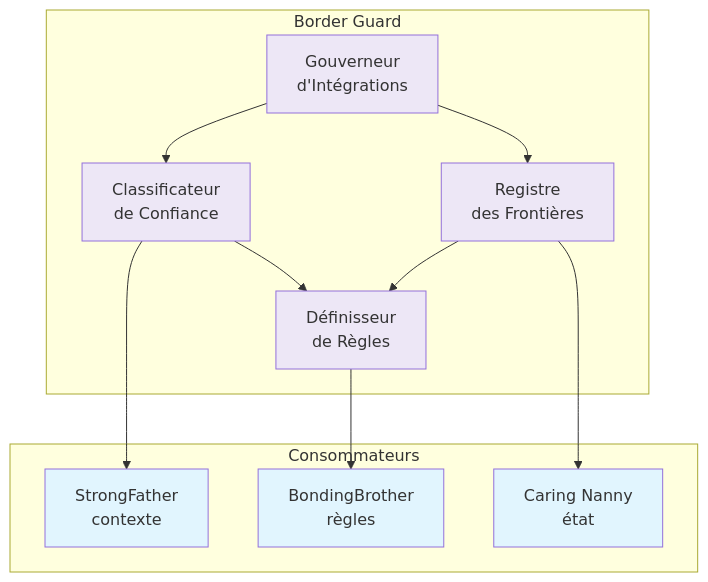
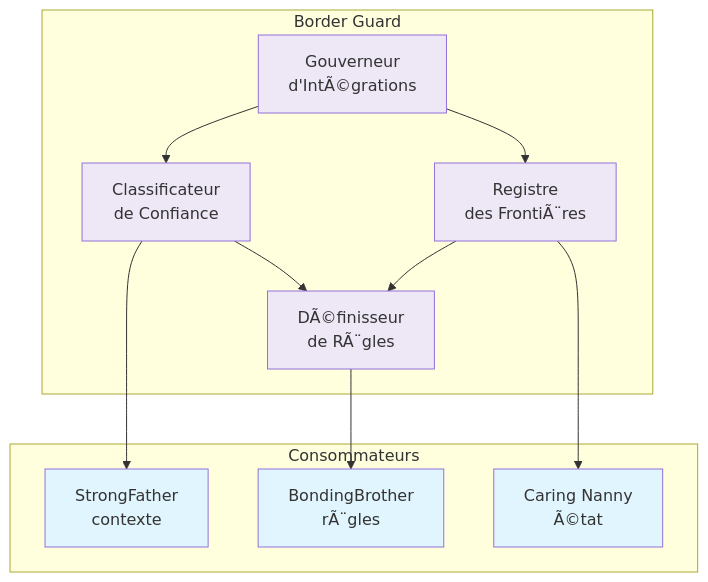
One commit to StudioMiyukini/miyukini_cog changed the first of 5 diagrams in docs/cores/BorderGuard/architecture/Border Guard - Architecture & Flows.md. Above: the diagram before and after it, drawn with Mermaid. The commit also changed other lines of this file and 1287 other files, not shown here.

````diff
--- a/docs/cores/BorderGuard/architecture/Border Guard - Architecture & Flows.md
+++ b/docs/cores/BorderGuard/architecture/Border Guard - Architecture & Flows.md
@@ -34,28 +34,28 @@
 ```mermaid
 graph TB
     subgraph BorderGuard[Border Guard]
-        REG[Registre<br/>des Frontières]
+        REG[Registre<br/>des FrontiÃ¨res]
         CLASS[Classificateur<br/>de Confiance]
-        RULES[Définisseur<br/>de Règles]
-        INTEG[Gouverneur<br/>d'Intégrations]
+        RULES[DÃ©finisseur<br/>de RÃ¨gles]
+        INTEG[Gouverneur<br/>d'IntÃ©grations]
     end
 
     subgraph Consommateurs
         SF[StrongFather<br/>contexte]
-        BB[BondingBrother<br/>règles]
-        CN[Caring Nanny<br/>état]
+        BB[BondingBrother<br/>rÃ¨gles]
+        CN[Caring Nanny<br/>Ã©tat]
     end
 
     REG --> RULES
     CLASS --> RULES
     RULES --> BB
     CLASS --> SF
     REG --> CN
     INTEG --> CLASS
     INTEG --> REG
 
     classDef core fill:#ede7f6
     classDef consumer fill:#e1f5fe
     class REG,CLASS,RULES,INTEG core
     class SF,BB,CN consumer
 ```
````
